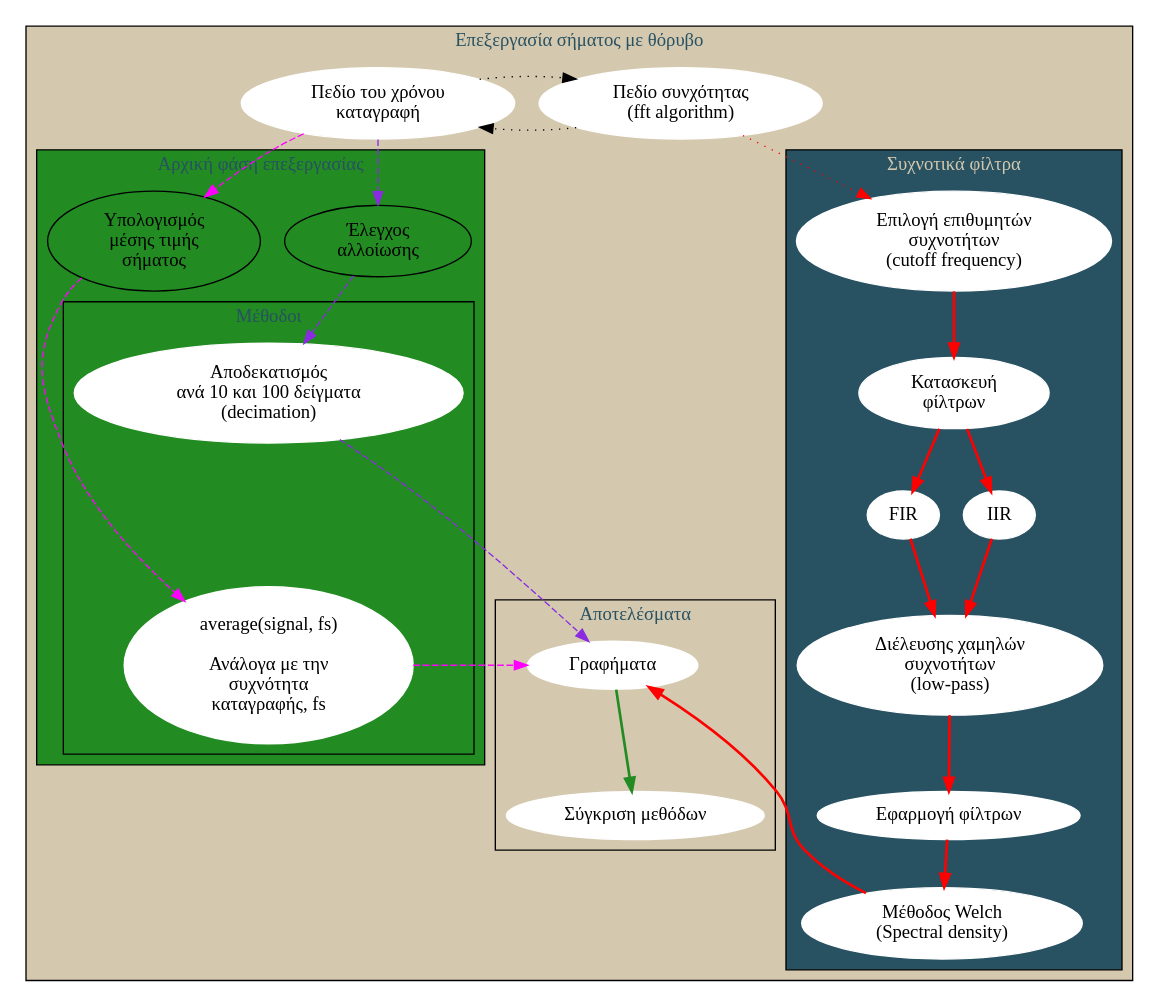
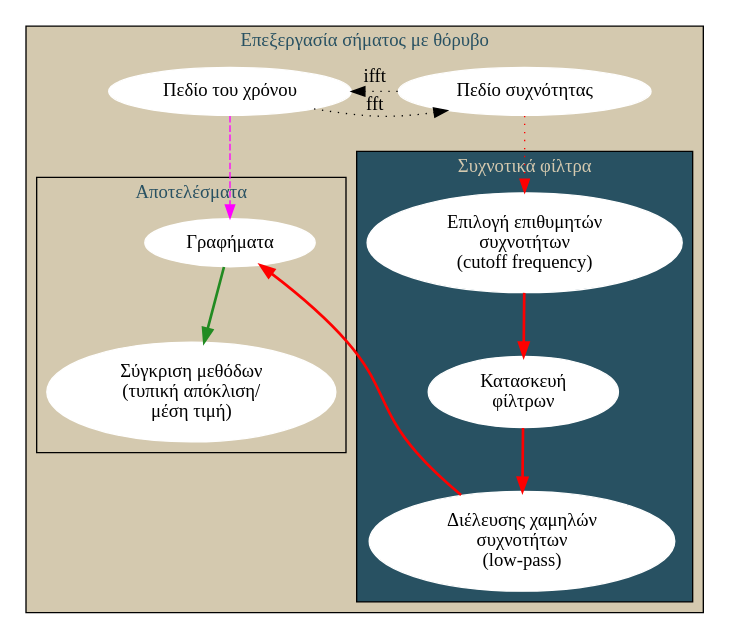
Before and after one commit to hmu-mech-npap/diss.tn.doc: the diagram in diss-docs/main_doc/graphviz/proc-methods.gv, drawn with Graphviz. The commit also changed 1 other file, not shown here.

Commit message:
simplifying the processing flowchart

```diff
--- a/diss-docs/main_doc/graphviz/proc-methods.gv
+++ b/diss-docs/main_doc/graphviz/proc-methods.gv
@@ -1,103 +1,104 @@
 digraph processing {
     newrank=true;
     compound=true;
     // root of operations
     // filt [label="Απομείωση θορυβου"]
-    aliasing [label="Έλεγχος \n αλλοίωσης"]
-    averg [label="Υπολογισμός \n μέσης τιμής \n σήματος"]
+    //  aliasing [label="Έλεγχος \n αλλοίωσης"]
+    //  averg [label="Υπολογισμός \n μέσης τιμής \n σήματος"]
 
     //clusters for clarity
     subgraph cluster_0{
         fontcolor="#285162";
         style=filled;
         fillcolor="#D4C9AF";
         node[style=filled; color=white];
         fftmethod;
         timedom;
         label="Επεξεργασία σήματος με θόρυβο"
 
         subgraph cluster_1{
             // fontcolor=red;
             style=filled;
             fillcolor=forestgreen;
             node[style=filled; color=white];
-            aliasing;
-            averg;
+            // aliasing;
+            // averg;
             label= "Αρχική φάση επεξεργασίας"
 
-            subgraph cluster_3{
-                avrged;
-                decimop;
-                label="Μέθοδοι";
-            }
+            // subgraph cluster_3{
+            //     avrged;
+            //     decimop;
+            //     label="Μέθοδοι";
+            // }
         }
         subgraph cluster_2{
             fontcolor="#D4C9AF";
             style=filled;
             fillcolor="#285162";
             node[style=filled; color=white];
             choosfilt;
             filterconst;
-            fir;
-            iir;
-            apply;
-            welch;
+            // fir;
+            // iir;
+            // apply;
+            // welch;
             filt_type;
             label= "Συχνοτικά φίλτρα";
         }
         subgraph cluster_4{
             graphs -> results [color=forestgreen, style=bold]
             label="Αποτελέσματα"
         }
     }
     {rank=same; fftmethod; timedom;}
-    {rank=same; aliasing; averg; choosfilt;}
-    {rank=same; graphs; avrged; filt_type;}
-    {rank=same; filterconst; decimop;}
+    // {rank=same; aliasing; averg; choosfilt;}
+    {rank=same; graphs; choosfilt;}
+    // {rank=same; filterconst; decimop;}  avrged;
     // filter related
-    fir [label="FIR"]
-    iir [label="IIR"]
-    apply [label="Εφαρμογή φίλτρων"]
+    // fir [label="FIR"]
+    // iir [label="IIR"]
+    // apply [label="Εφαρμογή φίλτρων"]
     filterconst [label="Κατασκευή \n φίλτρων"]
     filt_type [label="Διέλευσης χαμηλών \n συχνοτήτων \n (low-pass)"]
 
     // aliasing
-    decimop [label="Αποδεκατισμός \n ανά 10 και 100 δείγματα \n (decimation)"]
-    timedom [label="Πεδίο του χρόνου \n καταγραφή"]
+    // decimop [label="Αποδεκατισμός \n ανά 10 και 100 δείγματα \n (decimation)"]
+    timedom [label="Πεδίο του χρόνου"]
 
     //general bubbles
     graphs [label="Γραφήματα"]
-    fftmethod [label= "Πεδίο συνχότητας \n (fft algorithm)" ]
+    fftmethod [label= "Πεδίο συχνότητας" ]
     choosfilt [label="Επιλογή επιθυμητών \n συχνοτήτων \n(cutoff frequency)"]
-    results [label="Σύγκριση μεθόδων"]
-    avrged [label="average(signal, fs) \n \n Ανάλογα με την \n συχνότητα \n καταγραφής, fs"]
-    welch [label="Μέθοδος Welch \n (Spectral density)"]
+    results [label="Σύγκριση μεθόδων \n(τυπική απόκλιση/\nμέση τιμή)"]
+    // avrged [label="average(signal, fs) \n \n Ανάλογα με την \n συχνότητα \n καταγραφής, fs"]
+    // welch [label="Μέθοδος Welch \n (Spectral density)"]
     // start the graph at last 🫠
-    fftmethod -> timedom -> fftmethod[style=dotted,];
+    fftmethod -> timedom[style=dotted, label="ifft"];
+    timedom -> fftmethod[style=dotted, label="fft"];
     // filtering path
     choosfilt ->
     filterconst [color=red, style=bold];
 
-    filterconst -> {fir iir} ->
+    filterconst ->
     filt_type ->
-    apply ->
-    welch ->
+    // apply ->
+    // welch ->
     graphs [style=bold, color=red]
 
     // aliasing path
-    timedom ->
-    aliasing ->
-    decimop ->
-    // apply ->
-    graphs[color=blueviolet , style=dashed]
+    // timedom ->
+    // // aliasing ->
+    // // decimop ->
+    // // apply ->
+    // graphs[color=blueviolet , style=dashed]
     fftmethod ->
     choosfilt[color=red, style=dotted];
 
     // aliasing path
     timedom ->
-    averg ->
-    avrged ->
+    // averg ->
+    // avrged ->
     // apply ->
     graphs [color=magenta, style=dashed, ]
 
 }
```
